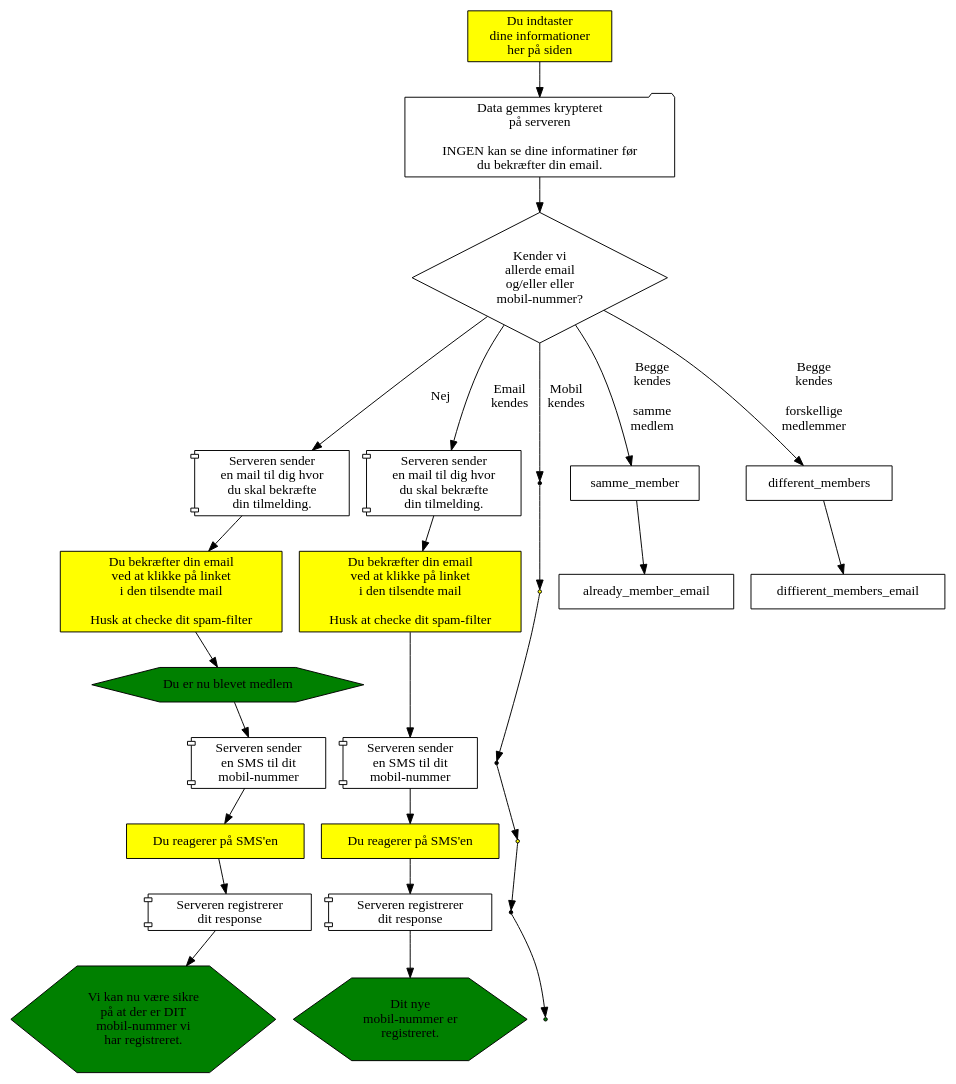
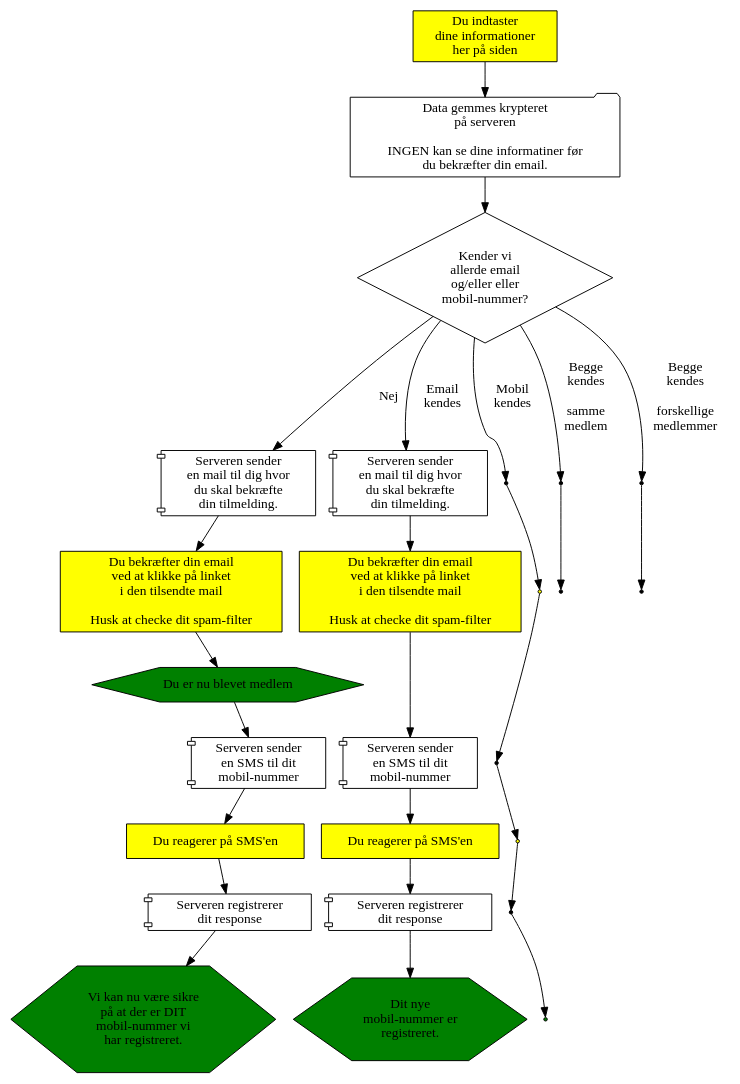
One commit to alslug/alslug.dk changed the diagram in medlemskab/indmeldelse.dot. Above: the diagram before and after it, drawn with Graphviz.

```diff
--- a/medlemskab/indmeldelse.dot
+++ b/medlemskab/indmeldelse.dot
@@ -1,72 +1,72 @@
 digraph indmeldelse {
   { # Dine handlinger
     node [ shape=box style=filled fillcolor=yellow ];
     indtast                [label="Du indtaster\ndine informationer\nher på siden"];
     subgraph cluster_server_sender_email {
       style=invis;
       node                 [label="Du bekræfter din email\nved at klikke på linket\ni den tilsendte mail\n\nHusk at checke dit spam-filter"];
       confirm_email_nyt_medlem;
       confirm_email_email_known;
       confirm_email_mobil_known [shape=point];
     }
     subgraph cluster_server_sender_sms {
       style=invis;
       node                 [label="Du reagerer på SMS'en"];
       confirm_sms_nyt_medlem;
       confirm_sms_email_known;
       confirm_sms_mobil_known [shape=point];
     }
   }
   send_tilmelding        [shape=folder label="Data gemmes krypteret \n på serveren \n \n INGEN kan se dine informatiner før \n du bekræfter din email."];
   { # Server-aktiviteter
     node [shape=component];
     subgraph cluster_server_sender_email {
       style=invis;
       node                 [label="Serveren sender \n en mail til dig hvor \n du skal bekræfte \n din tilmelding."];
       server_sender_emai_nyt_medlem;
       server_sender_email_email_known;
       server_sender_email_mobil_known [shape=point];
     }
     subgraph cluster_server_sender_sms {
       style=invis;
       node                 [label="Serveren sender \n en SMS til dit \n mobil-nummer"];
       server_sender_sms_nyt_medlem;
       server_sender_sms_email_known;
       server_sender_sms_mobil_known [shape=point];
     }
     subgraph cluster_sms_confirmed {
       style=invis;
       node                 [label="Serveren registrerer \n dit response"];
       sms_confirmed_nyt_medlem;
       sms_confirmed_email_known;
       sms_confirmed_mobil_known [shape=point];
     }
   }
   { # Results
     node [shape=hexagon   style=filled fillcolor=green ];
     du_biver_medlem        [label="Du er nu blevet medlem"];
     mobile_ok              [label="Vi kan nu være sikre \n på at der er DIT \n mobil-nummer vi \n har registreret."]; 
     email_added            [label="Den nye \n ekstra email er \n registreret." shape=point];
     mobil_added            [label="Dit nye \n mobil-nummer er \n registreret."]; 
   }
   { # Valg
     node [shape=diamond];
     findes_allerede        [label="Kender vi \n allerde email \n og/eller eller \n mobil-nummer?"];
   }
 
-  node [shape=invis];
+  node [shape=point];
   indtast -> send_tilmelding -> findes_allerede;
                                 findes_allerede -> server_sender_emai_nyt_medlem   [label="Nej"];
                                                    server_sender_emai_nyt_medlem -> confirm_email_nyt_medlem -> du_biver_medlem ->
                                                    server_sender_sms_nyt_medlem  -> confirm_sms_nyt_medlem   -> sms_confirmed_nyt_medlem -> mobile_ok;
                                 findes_allerede -> server_sender_email_email_known [label="Email \n kendes"];
                                                    server_sender_email_email_known -> confirm_email_email_known  ->
                                                    server_sender_sms_email_known   -> confirm_sms_email_known    -> sms_confirmed_email_known -> mobil_added;
                                 findes_allerede -> server_sender_email_mobil_known [label="Mobil \n kendes"];
                                                    server_sender_email_mobil_known -> confirm_email_mobil_known  ->
                                                    server_sender_sms_mobil_known   -> confirm_sms_mobil_known    -> sms_confirmed_mobil_known -> email_added;
                                 findes_allerede-> samme_member                     [label="Begge \n kendes \n\n samme \n medlem"];
                                                   samme_member      -> already_member_email;
                                 findes_allerede-> different_members                [label="Begge \n kendes \n\n forskellige \n medlemmer"];
                                                   different_members -> diffierent_members_email;
 }
```
